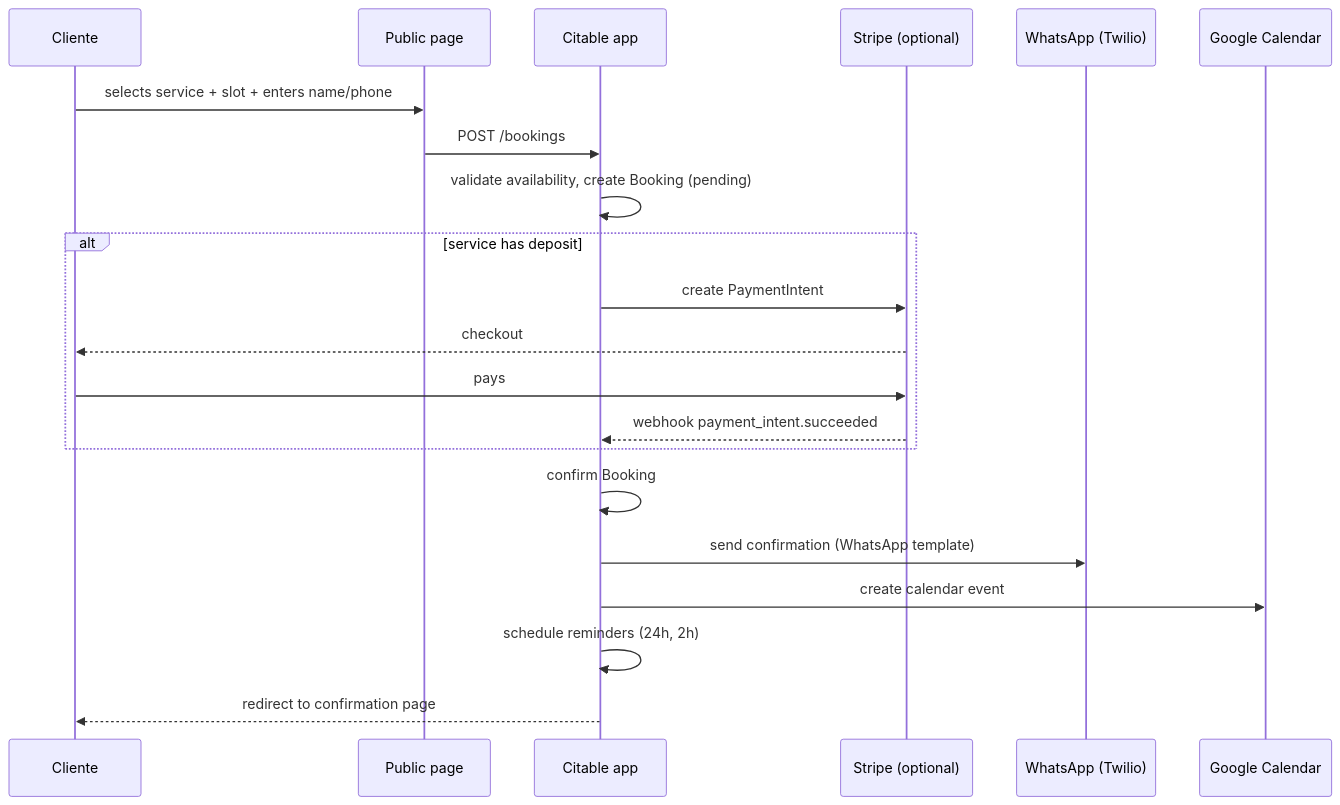
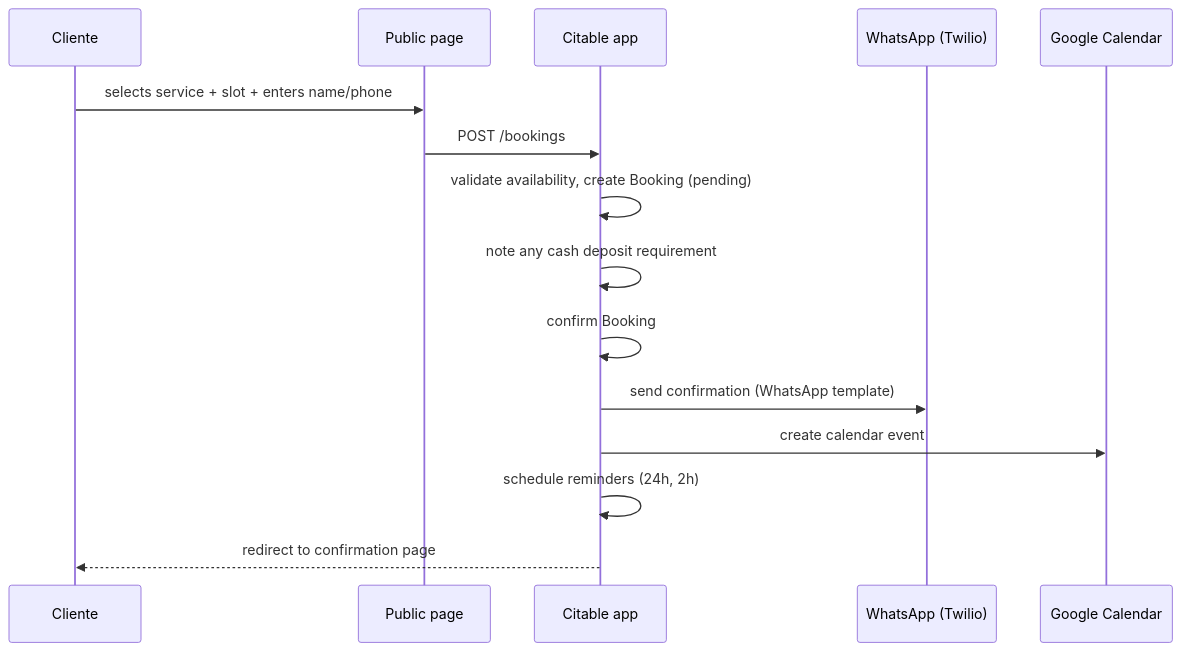
Before and after one commit to Jolel/citable: the second of 3 diagrams in 2026-04-17-whatsapp-booking-mx-design.md, drawn with Mermaid. The commit also changed other lines of this file and 21 other files, not shown here.

Commit message:
Remove Stripe integration and switch to cash deposits

````diff
--- a/2026-04-17-whatsapp-booking-mx-design.md
+++ b/2026-04-17-whatsapp-booking-mx-design.md
@@ -115,24 +111,18 @@
 ```mermaid
 sequenceDiagram
     participant C as Cliente
     participant P as Public page
     participant A as Citable app
-    participant S as Stripe (optional)
     participant W as WhatsApp (Twilio)
     participant G as Google Calendar
 
     C->>P: selects service + slot + enters name/phone
     P->>A: POST /bookings
     A->>A: validate availability, create Booking (pending)
-    alt service has deposit
-        A->>S: create PaymentIntent
-        S-->>C: checkout
-        C->>S: pays
-        S-->>A: webhook payment_intent.succeeded
-    end
+    A->>A: note any cash deposit requirement
     A->>A: confirm Booking
     A->>W: send confirmation (WhatsApp template)
     A->>G: create calendar event
     A->>A: schedule reminders (24h, 2h)
     A-->>C: redirect to confirmation page
 ```
````
